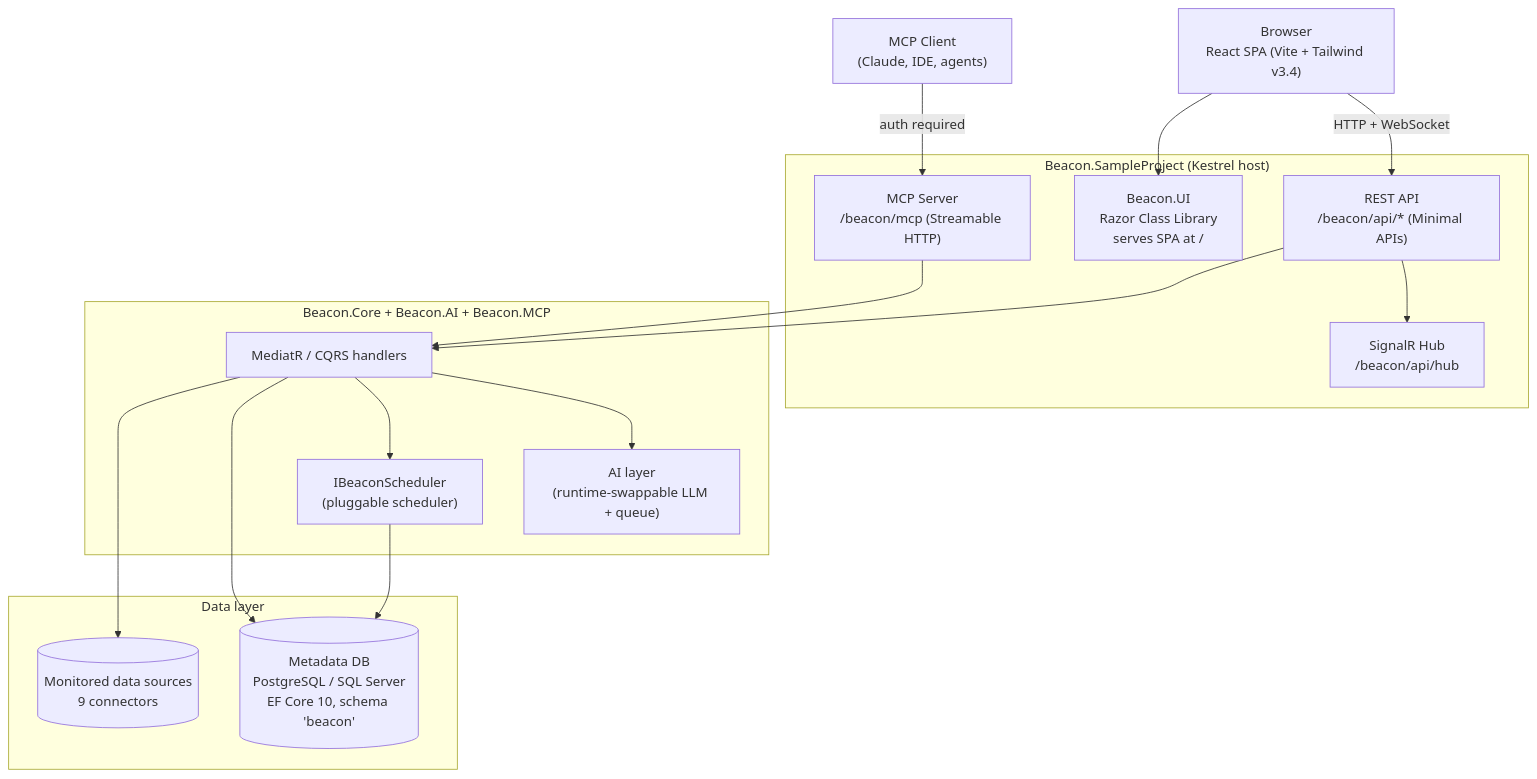
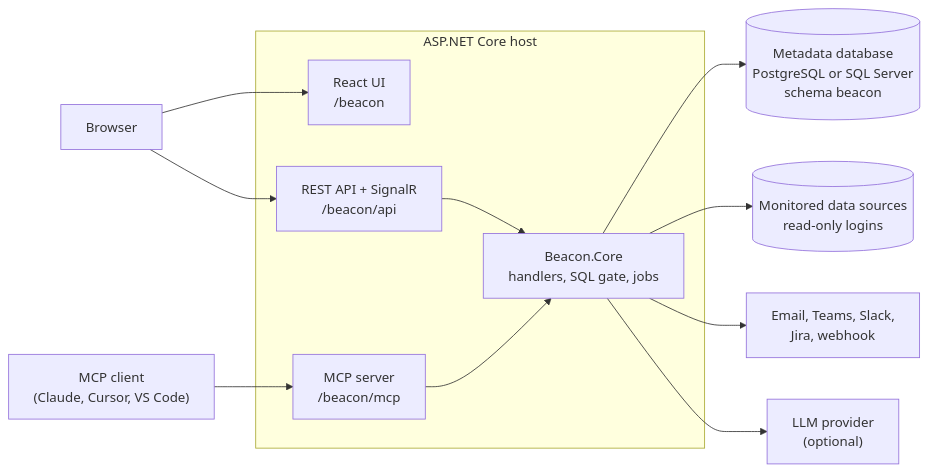
One commit to moberghr/beacon changed the diagram in docs/site/src/content/docs/getting-started/index.md. Above: the diagram before and after it, drawn with Mermaid. The commit also changed other lines of this file and 103 other files, not shown here.

````diff
--- a/docs/site/src/content/docs/getting-started/index.md
+++ b/docs/site/src/content/docs/getting-started/index.md
@@ -35,35 +36,27 @@
 ```mermaid
-flowchart TB
-    Browser["Browser<br/>React SPA (Vite + Tailwind v3.4)"]
-    MCPClient["MCP Client<br/>(Claude, IDE, agents)"]
+flowchart LR
+    Browser["Browser"]
+    Client["MCP client<br/>(Claude, Cursor, VS Code)"]
 
-    subgraph Host["Beacon.SampleProject (Kestrel host)"]
-        UI["Beacon.UI<br/>Razor Class Library<br/>serves SPA at /"]
-        API["REST API<br/>/beacon/api/* (Minimal APIs)"]
-        Hub["SignalR Hub<br/>/beacon/api/hub"]
-        MCP["MCP Server<br/>/beacon/mcp (Streamable HTTP)"]
+    subgraph Host["ASP.NET Core host"]
+        UI["React UI<br/>/beacon"]
+        API["REST API + SignalR<br/>/beacon/api"]
+        MCP["MCP server<br/>/beacon/mcp"]
+        Core["Beacon.Core<br/>handlers, SQL gate, jobs"]
     end
 
-    subgraph Core["Beacon.Core + Beacon.AI + Beacon.MCP"]
-        Mediatr["MediatR / CQRS handlers"]
-        AI["AI layer<br/>(runtime-swappable LLM + queue)"]
-        Scheduler["IBeaconScheduler<br/>(pluggable scheduler)"]
-    end
+    Meta[("Metadata database<br/>PostgreSQL or SQL Server<br/>schema beacon")]
+    Sources[("Monitored data sources<br/>read-only logins")]
+    Notify["Email, Teams, Slack,<br/>Jira, webhook"]
+    LLM["LLM provider<br/>(optional)"]
 
-    subgraph Data["Data layer"]
-        Meta[("Metadata DB<br/>PostgreSQL / SQL Server<br/>EF Core 10, schema 'beacon'")]
-        Sources[("Monitored data sources<br/>9 connectors")]
-    end
-
-    Browser -->|"HTTP + WebSocket"| API
     Browser --> UI
-    API --> Hub
-    MCPClient -->|"auth required"| MCP
-    API --> Mediatr
-    MCP --> Mediatr
-    Mediatr --> AI
-    Mediatr --> Scheduler
-    Mediatr --> Meta
-    Scheduler --> Meta
-    Mediatr --> Sources
+    Browser --> API
+    Client --> MCP
+    API --> Core
+    MCP --> Core
+    Core --> Meta
+    Core --> Sources
+    Core --> Notify
+    Core --> LLM
 ```
````
